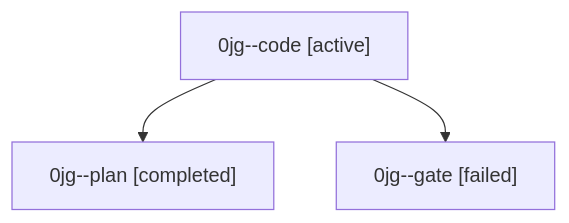
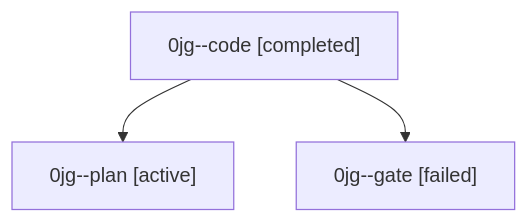
Before and after one commit to sase-org/sase--agents: the diagram in families/bbugyi200.athena.0jg.md, drawn with Mermaid. The commit also changed other lines of this file and 35830 other files, not shown here.

````diff
--- a/families/bbugyi200.athena.0jg.md
+++ b/families/bbugyi200.athena.0jg.md
@@ -9,8 +9,8 @@
 ```mermaid
 flowchart TD
-  n0["0jg--code [active]"]
-  n1["0jg--plan [completed]"]
+  n0["0jg--code [completed]"]
+  n1["0jg--plan [active]"]
   n0 --> n1
   n2["0jg--gate [failed]"]
   n0 --> n2
 ```
````
